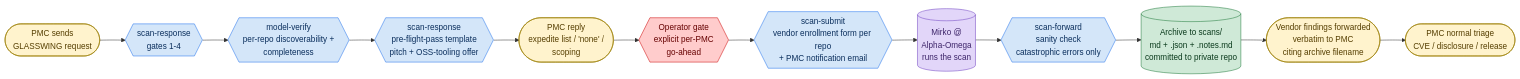
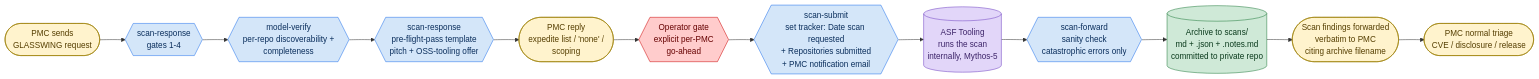
The first of 5 diagrams in README.md (raboof/apache-security-dash), drawn with Mermaid before and after one commit. The commit also changed other lines of this file and 16 other files, not shown here.

````diff
--- a/README.md
+++ b/README.md
@@ -115,20 +119,20 @@
 ```mermaid
 flowchart LR
     PMC([PMC sends<br/>GLASSWING request]):::pmc --> R{{scan-response<br/>gates 1-4}}:::skill
     R --> V{{model-verify<br/>per-repo discoverability +<br/>completeness}}:::skill
     V --> P{{scan-response<br/>pre-flight-pass template<br/>pitch + OSS-tooling offer}}:::skill
     P --> PR([PMC reply<br/>expedite list / 'none' /<br/>scoping]):::pmc
     PR --> G{{Operator gate<br/>explicit per-PMC<br/>go-ahead}}:::gate
-    G --> S{{scan-submit<br/>vendor enrollment form per repo<br/>+ PMC notification email}}:::skill
-    S --> M[(Mirko @<br/>Alpha-Omega<br/>runs the scan)]:::vendor
+    G --> S{{scan-submit<br/>set tracker: Date scan requested<br/>+ Repositories submitted<br/>+ PMC notification email}}:::skill
+    S --> M[(ASF Tooling<br/>runs the scan<br/>internally, Mythos-5)]:::tooling
     M --> F{{scan-forward<br/>sanity check<br/>catastrophic errors only}}:::skill
     F --> A[(Archive to scans/<br/>md + .json + .notes.md<br/>committed to private repo)]:::archive
-    A --> RES([Vendor findings forwarded<br/>verbatim to PMC<br/>citing archive filename]):::pmc
+    A --> RES([Scan findings forwarded<br/>verbatim to PMC<br/>citing archive filename]):::pmc
     RES --> T([PMC normal triage<br/>CVE / disclosure / release]):::pmc
 
     classDef pmc fill:#fff3cd,stroke:#9a7d00,color:#553e00
     classDef skill fill:#d4e6f9,stroke:#1f6feb,color:#0a2e5c
     classDef gate fill:#ffcccc,stroke:#cc0000,color:#660000
-    classDef vendor fill:#e2d6f9,stroke:#6f42c1,color:#3d2469
+    classDef tooling fill:#e2d6f9,stroke:#6f42c1,color:#3d2469
     classDef archive fill:#cfe9d7,stroke:#1f7a3a,color:#0a3a1c
 ```
````
